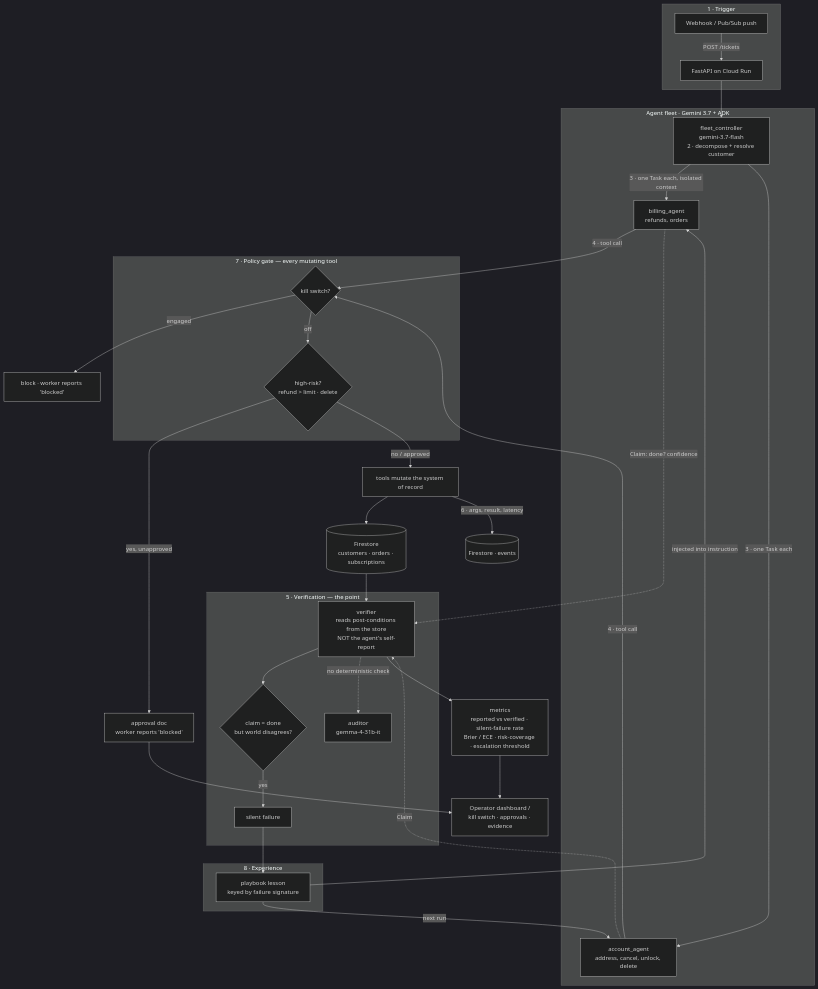
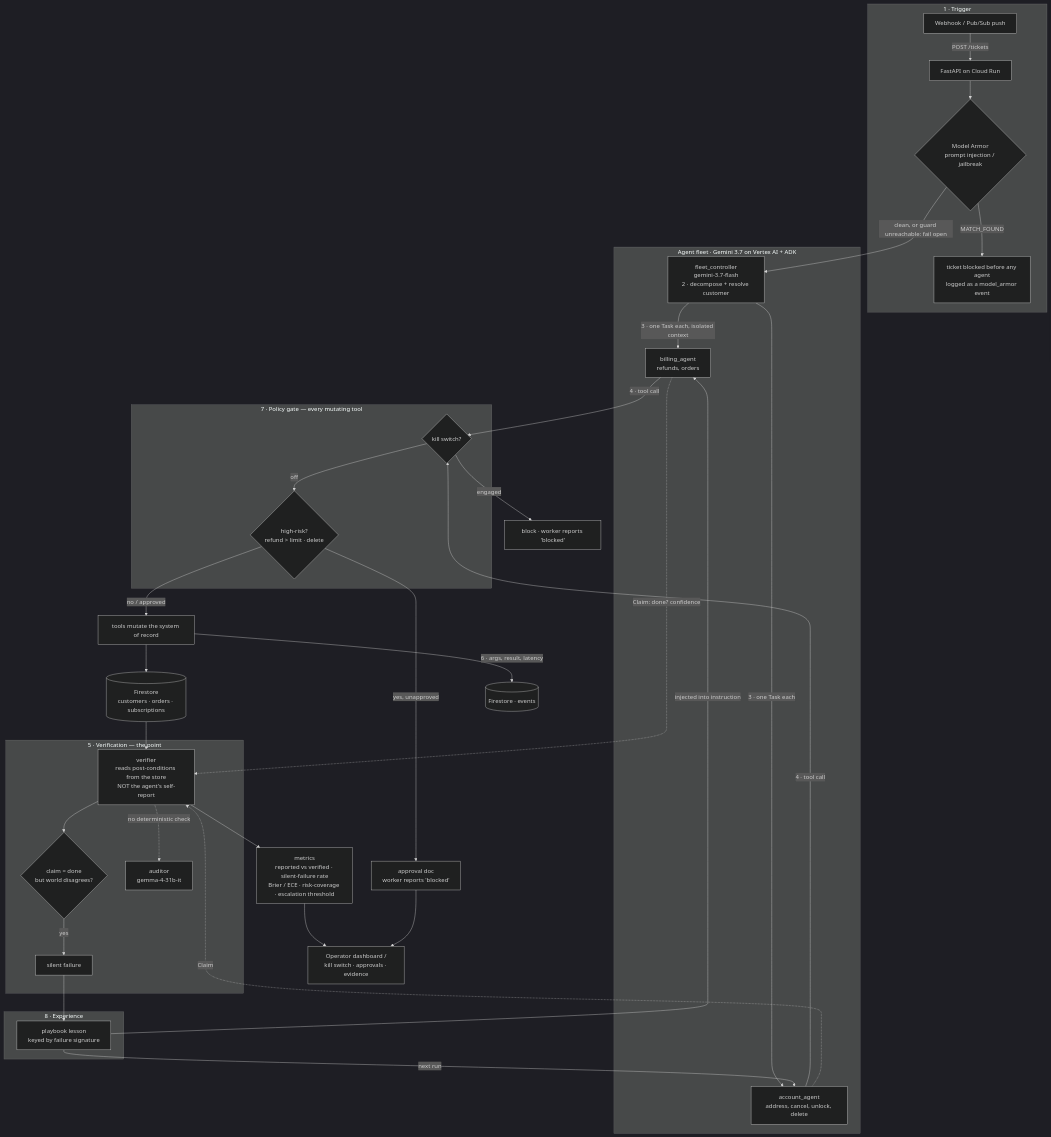
Before and after one commit to rodriguescarson/attest-fleet: the diagram in docs/ARCHITECTURE.md, drawn with Mermaid (dark theme). The commit also changed other lines of this file and 15 other files, not shown here.

First line of the commit message:
Agent Platform: real Agent Registry, Model Armor, Cloud Trace + 40-ticket sweep on Vertex (#2)

````diff
--- a/docs/ARCHITECTURE.md
+++ b/docs/ARCHITECTURE.md
@@ -5,50 +5,52 @@
 ```mermaid
 flowchart TB
     subgraph trigger [1 · Trigger]
         WH[Webhook / Pub/Sub push] -->|POST /tickets| API[FastAPI on Cloud Run]
+        API --> ARMOR{Model Armor<br/>prompt injection / jailbreak}
+        ARMOR -->|MATCH_FOUND| DROP[ticket blocked before any agent<br/>logged as a model_armor event]
     end
 
-    API --> CTRL
+    ARMOR -->|clean, or guard unreachable: fail open| CTRL
 
-    subgraph plane [Agent fleet · Gemini 3.7 + ADK]
+    subgraph plane [Agent fleet · Gemini 3.7 on Vertex AI + ADK]
         CTRL[fleet_controller<br/>gemini-3.7-flash<br/>2 · decompose + resolve customer]
         CTRL -->|3 · one Task each, isolated context| BILL[billing_agent<br/>refunds, orders]
         CTRL -->|3 · one Task each| ACCT[account_agent<br/>address, cancel, unlock, delete]
     end
 
     subgraph gate [7 · Policy gate — every mutating tool]
         KILL{kill switch?}
         RISK{high-risk?<br/>refund > limit · delete}
     end
 
     BILL -->|4 · tool call| KILL
     ACCT -->|4 · tool call| KILL
     KILL -->|engaged| BLOCK[block · worker reports 'blocked']
     KILL -->|off| RISK
     RISK -->|yes, unapproved| APPR[approval doc<br/>worker reports 'blocked']
     RISK -->|no / approved| TOOLS[tools mutate the system of record]
 
     TOOLS --> FS[(Firestore<br/>customers · orders · subscriptions)]
     TOOLS -->|6 · args, result, latency| EV[(Firestore · events)]
 
     FS --> VER
     BILL -. Claim: done? confidence .-> VER
     ACCT -. Claim .-> VER
 
     subgraph attest [5 · Verification — the point]
         VER[verifier<br/>reads post-conditions from the store<br/>NOT the agent's self-report]
         VER --> SF{claim = done<br/>but world disagrees?}
         SF -->|yes| SILENT[silent failure]
         VER -.->|no deterministic check| AUD[auditor<br/>gemma-4-31b-it]
     end
 
     SILENT --> EXP
     subgraph learn [8 · Experience]
         EXP[playbook lesson<br/>keyed by failure signature] -->|injected into instruction| BILL
         EXP -->|next run| ACCT
     end
 
     VER --> MET[metrics<br/>reported vs verified · silent-failure rate<br/>Brier / ECE · risk-coverage · escalation threshold]
     MET --> DASH[Operator dashboard /<br/>kill switch · approvals · evidence]
     APPR --> DASH
 ```
````
